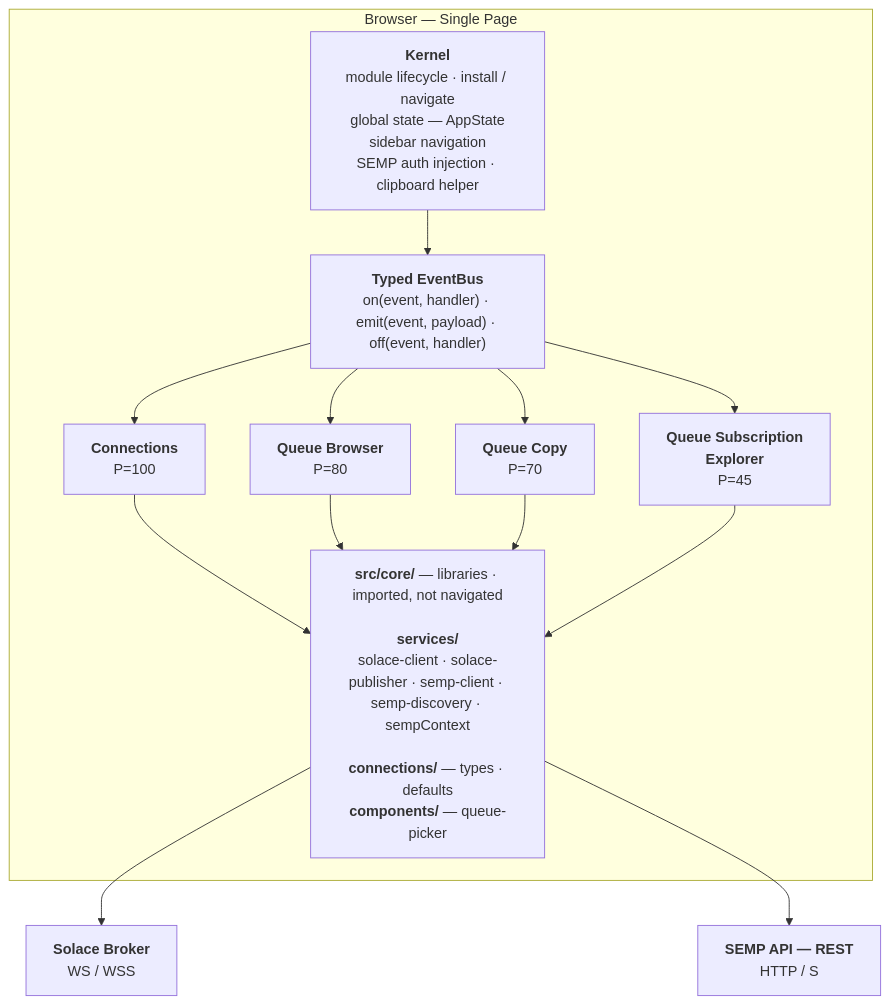
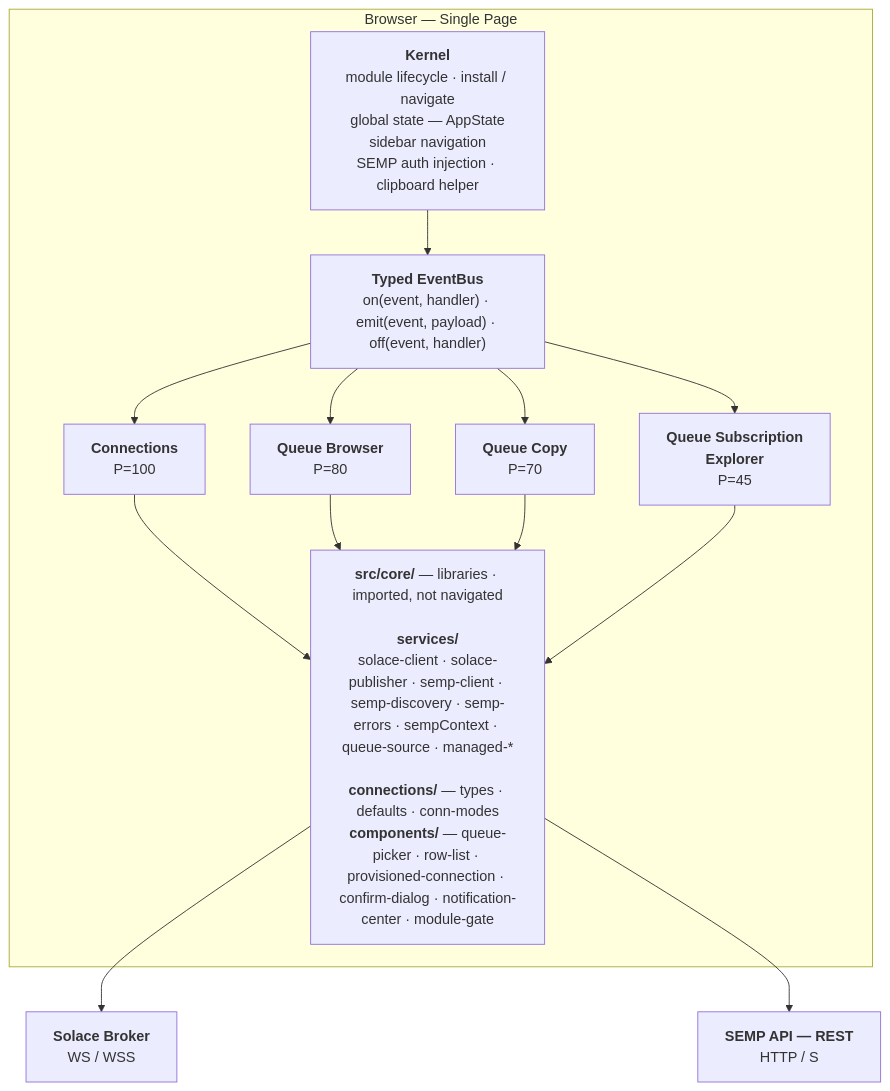
One commit to SolaceLabs/solace-msg-utility changed the first of 5 diagrams in docs/architecture.md. Above: the diagram before and after it, drawn with Mermaid. The commit also changed other lines of this file and 58 other files, not shown here.

````diff
--- a/docs/architecture.md
+++ b/docs/architecture.md
@@ -53,21 +53,21 @@
 ```mermaid
 flowchart TB
     subgraph browser["Browser — Single Page"]
         kernel["<b>Kernel</b><br/>module lifecycle · install / navigate<br/>global state — AppState<br/>sidebar navigation<br/>SEMP auth injection · clipboard helper"]
         bus["<b>Typed EventBus</b><br/>on(event, handler) · emit(event, payload) · off(event, handler)"]
 
         conn["<b>Connections</b><br/>P=100"]
         qb["<b>Queue Browser</b><br/>P=80"]
         qc["<b>Queue Copy</b><br/>P=70"]
         qse["<b>Queue Subscription<br/>Explorer</b><br/>P=45"]
 
-        core["<b>src/core/</b> — libraries · imported, not navigated<br/><br/><b>services/</b><br/>solace-client · solace-publisher · semp-client · semp-discovery · sempContext<br/><br/><b>connections/</b> — types · defaults<br/><b>components/</b> — queue-picker"]
+        core["<b>src/core/</b> — libraries · imported, not navigated<br/><br/><b>services/</b><br/>solace-client · solace-publisher · semp-client · semp-discovery · semp-errors · sempContext · queue-source · managed-*<br/><br/><b>connections/</b> — types · defaults · conn-modes<br/><b>components/</b> — queue-picker · row-list · provisioned-connection · confirm-dialog · notification-center · module-gate"]
 
         kernel --> bus
         bus --> conn & qb & qc & qse
         conn & qb & qc & qse --> core
     end
 
     core --> broker["<b>Solace Broker</b><br/>WS / WSS"]
     core --> semp["<b>SEMP API — REST</b><br/>HTTP / S"]
 ```
````
